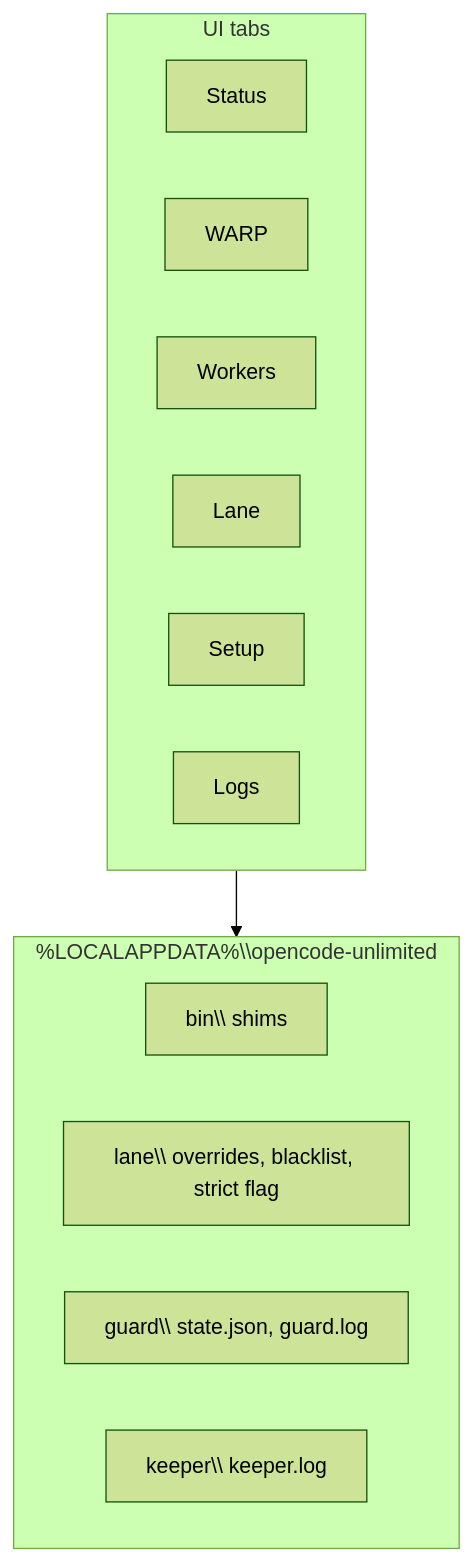
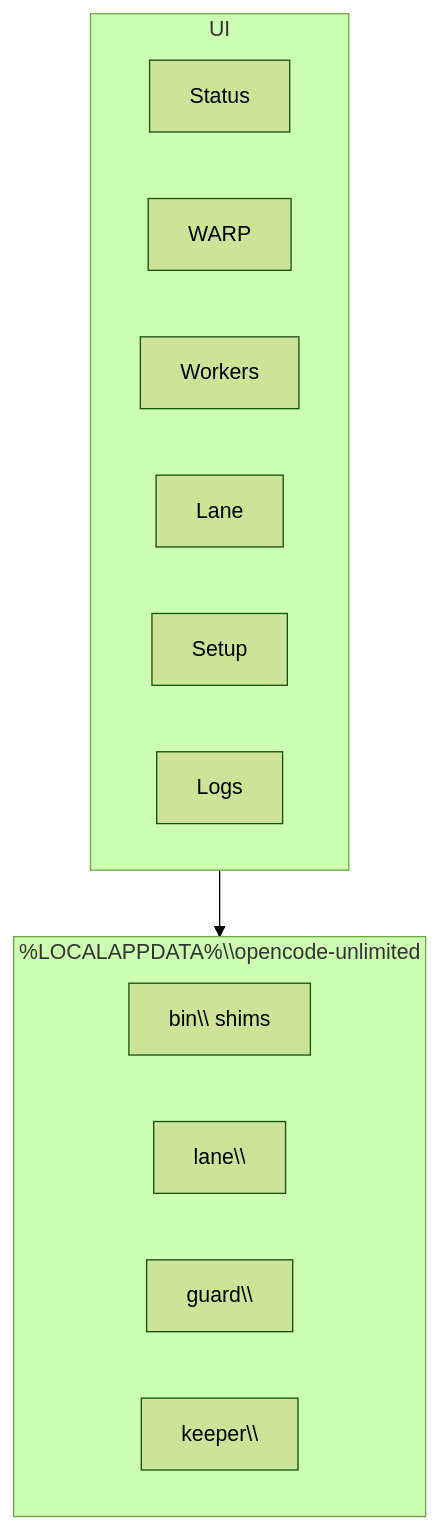
One commit to dekus/opencode-bypass changed the second of 2 diagrams in README.md. Above: the diagram before and after it, drawn with Mermaid (forest theme). The commit also changed other lines of this file, not shown here.

````diff
--- a/README.md
+++ b/README.md
@@ -58,18 +53,18 @@
 ```mermaid
 flowchart TB
   subgraph Data["%LOCALAPPDATA%\\opencode-unlimited"]
     BIN["bin\\ shims"]
-    LANE_DIR["lane\\ overrides, blacklist, strict flag"]
-    GUARD["guard\\ state.json, guard.log"]
-    KEEP["keeper\\ keeper.log"]
+    LANE_DIR["lane\\"]
+    GUARD["guard\\"]
+    KEEP["keeper\\"]
   end
-  subgraph UI_tabs["UI tabs"]
+  subgraph Tabs["UI"]
     T1["Status"]
     T2["WARP"]
     T3["Workers"]
     T4["Lane"]
     T5["Setup"]
     T6["Logs"]
   end
-  UI_tabs --> Data
+  Tabs --> Data
 ```
````
